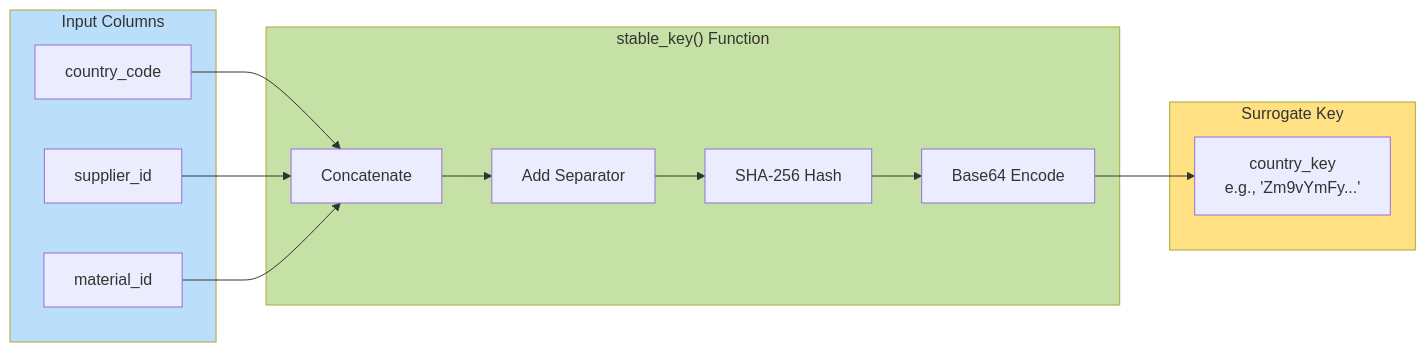
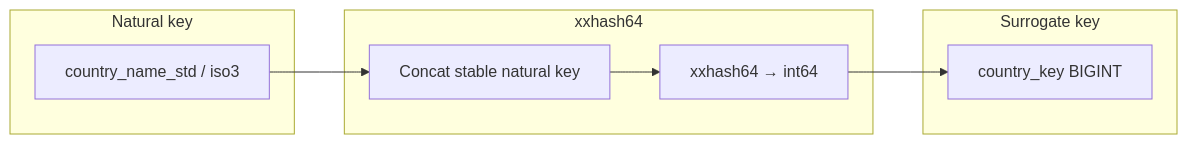
Before and after one commit to erikemilsson/OEMMatInsightBI: the second of 2 diagrams in docs/architecture/star-schema-erd.md, drawn with Mermaid. The commit also changed other lines of this file and 4 other files, not shown here.

````diff
--- a/docs/architecture/star-schema-erd.md
+++ b/docs/architecture/star-schema-erd.md
@@ -165,31 +124,14 @@
 ```mermaid
 flowchart LR
-    subgraph Input["Input Columns"]
-        C1[country_code]
-        C2[supplier_id]
-        C3[material_id]
+    subgraph Input["Natural key"]
+        C1[country_name_std / iso3]
     end
-
-    subgraph Process["stable_key() Function"]
-        P1[Concatenate]
-        P2[Add Separator]
-        P3[SHA-256 Hash]
-        P4[Base64 Encode]
+    subgraph Process["xxhash64"]
+        P1[Concat stable natural key]
+        P2[xxhash64 → int64]
     end
-
-    subgraph Output["Surrogate Key"]
-        K1[country_key<br/>e.g., 'Zm9vYmFy...']
+    subgraph Output["Surrogate key"]
+        K1[country_key BIGINT]
     end
-
-    C1 --> P1
-    C2 --> P1
-    C3 --> P1
-    P1 --> P2
-    P2 --> P3
-    P3 --> P4
-    P4 --> K1
-
-    style Input fill:#bbdefb
-    style Process fill:#c5e1a5
-    style Output fill:#ffe082
+    C1 --> P1 --> P2 --> K1
 ```
````
